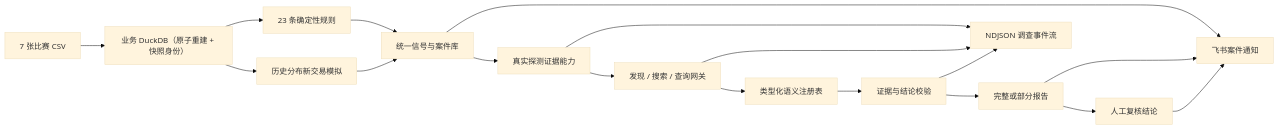
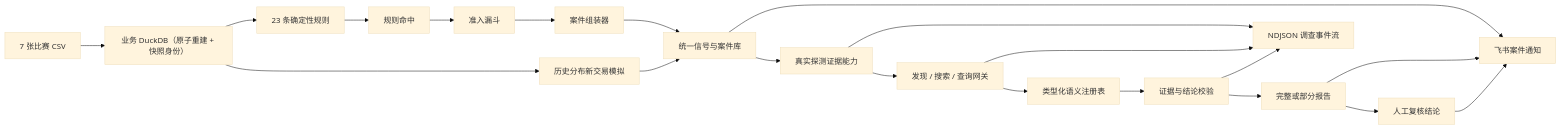
The diagram in docs/technical-solution.md (XiLongChong/ict-agent), drawn with Mermaid (base theme) before and after one commit. The commit also changed other lines of this file and 17 other files, not shown here.

````diff
--- a/docs/technical-solution.md
+++ b/docs/technical-solution.md
@@ -9,20 +9,23 @@
 ```mermaid
 flowchart LR
     CSV["7 张比赛 CSV"] --> DB["业务 DuckDB（原子重建 + 快照身份）"]
     DB --> RULE["23 条确定性规则"]
     DB --> SIM["历史分布新交易模拟"]
-    RULE --> CASE["统一信号与案件库"]
+    RULE --> HIT["规则命中"]
+    HIT --> ADMISSION["准入漏斗"]
+    ADMISSION --> ASSEMBLER["案件组装器"]
+    ASSEMBLER --> CASE["统一信号与案件库"]
     SIM --> CASE
     CASE --> CATALOG["真实探测证据能力"]
     CATALOG --> GATEWAY["发现 / 搜索 / 查询网关"]
     GATEWAY --> TOOLS["类型化语义注册表"]
     TOOLS --> VALIDATE["证据与结论校验"]
     VALIDATE --> REPORT["完整或部分报告"]
     REPORT --> REVIEW["人工复核结论"]
     CASE --> FEISHU["飞书案件通知"]
     REPORT --> FEISHU
     REVIEW --> FEISHU
     CATALOG --> STREAM["NDJSON 调查事件流"]
     GATEWAY --> STREAM
     VALIDATE --> STREAM
 ```
````
